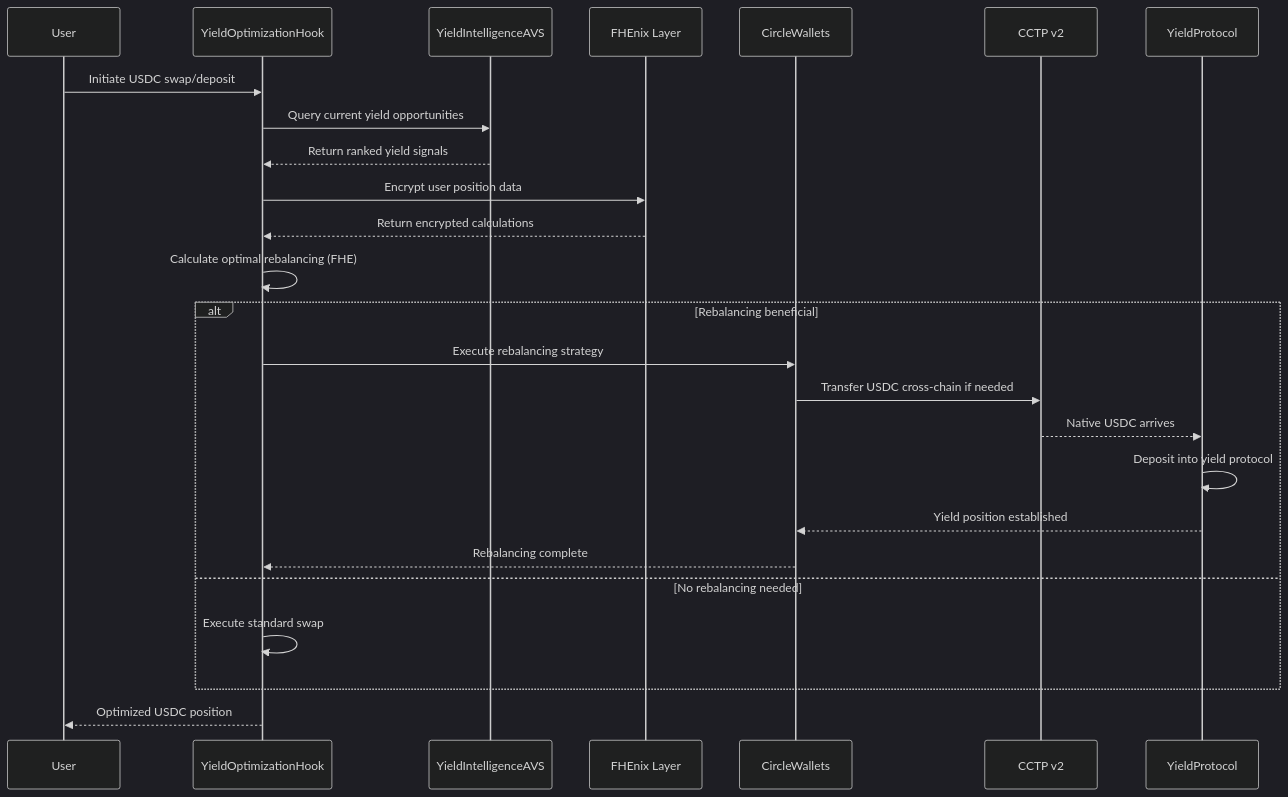
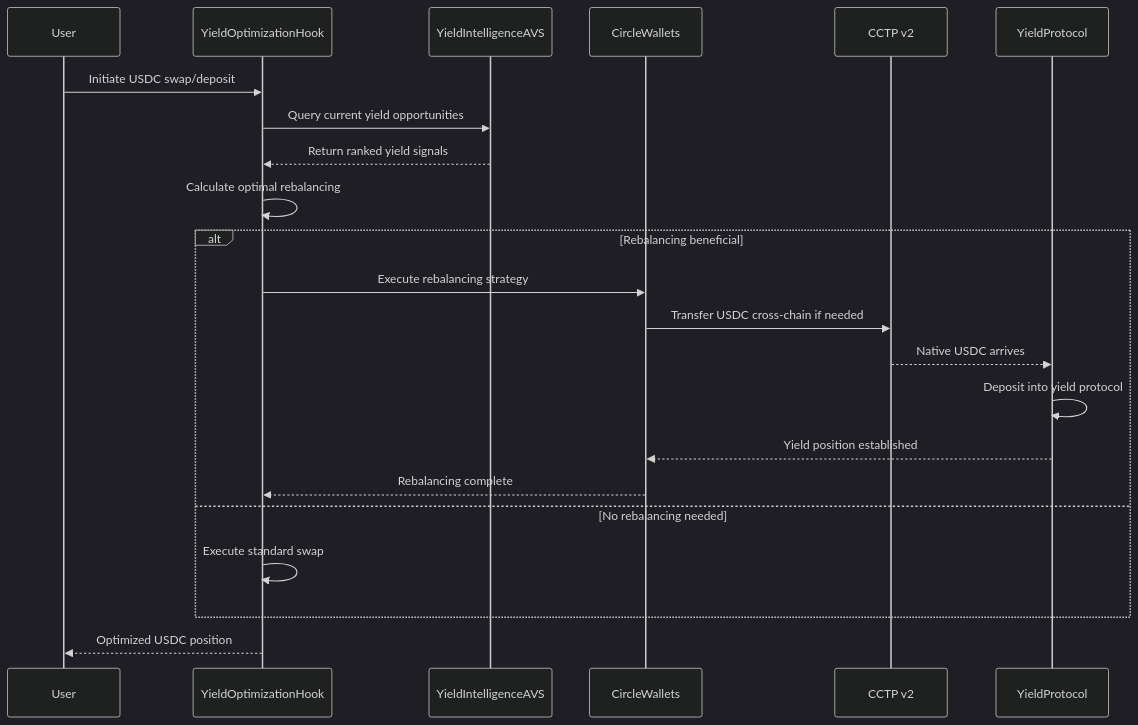
One commit to Najnomics/AVS-Powered-USDC-Yield-Hook changed the second of 2 diagrams in README.md. Above: the diagram before and after it, drawn with Mermaid (dark theme). The commit also changed other lines of this file and 16 other files, not shown here.

````diff
--- a/README.md
+++ b/README.md
@@ -110,32 +97,28 @@
 ```mermaid
 sequenceDiagram
     participant User
     participant Hook as YieldOptimizationHook
     participant AVS as YieldIntelligenceAVS
-    participant FHE as FHEnix Layer
     participant Circle as CircleWallets
     participant CCTP as CCTP v2
     participant Protocol as YieldProtocol
 
     User->>Hook: Initiate USDC swap/deposit
     Hook->>AVS: Query current yield opportunities
     AVS-->>Hook: Return ranked yield signals
     
-    Hook->>FHE: Encrypt user position data
-    FHE-->>Hook: Return encrypted calculations
-    
-    Hook->>Hook: Calculate optimal rebalancing (FHE)
+    Hook->>Hook: Calculate optimal rebalancing
     
     alt Rebalancing beneficial
         Hook->>Circle: Execute rebalancing strategy
         Circle->>CCTP: Transfer USDC cross-chain if needed
         CCTP-->>Protocol: Native USDC arrives
         Protocol->>Protocol: Deposit into yield protocol
         Protocol-->>Circle: Yield position established
         Circle-->>Hook: Rebalancing complete
     else No rebalancing needed
         Hook->>Hook: Execute standard swap
     end
     
     Hook-->>User: Optimized USDC position
 ```
````
